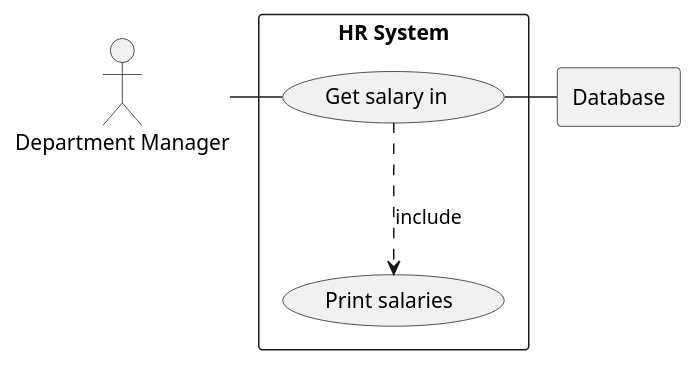
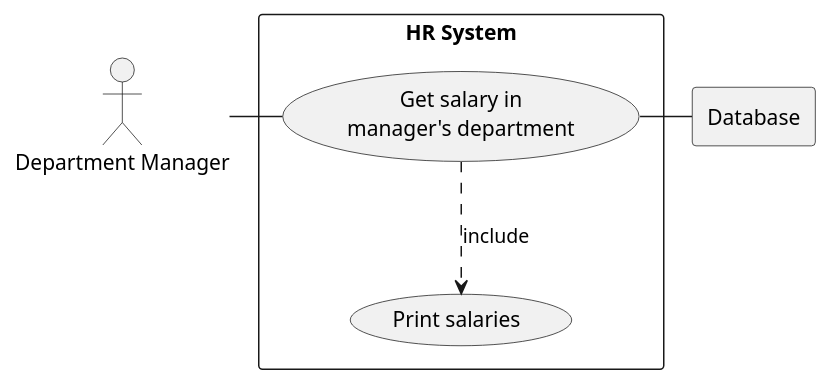
One commit to Carlosjr5/sem changed the diagram in use-cases/Issue3.puml. Above: the diagram before and after it, drawn with PlantUML. The commit also changed 1 other file, not shown here.

```diff
--- a/use-cases/Issue3.puml
+++ b/use-cases/Issue3.puml
@@ -1,17 +1,19 @@
 @startuml
 'https://plantuml.com/sequence-diagram
 actor HR as "Department Manager"
 
 rectangle Database
 
 rectangle "HR System" {
-    usecase UC4 as "Get salary in "
+    usecase UC4 as "Get salary in
+    manager's department"
+
 
     usecase UCa as "Print salaries"
 
     HR - UC4
     UC4 ..> UCa : include
     UC4 - Database
 }
 
 @enduml
```
